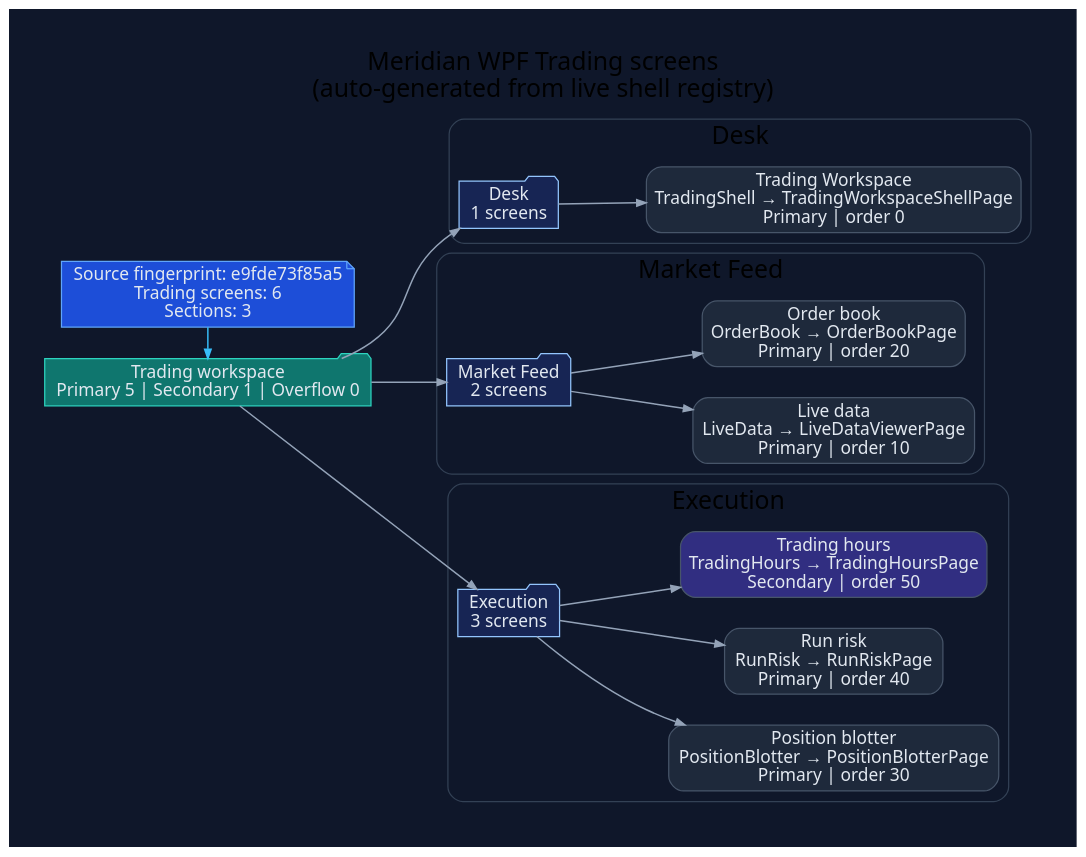
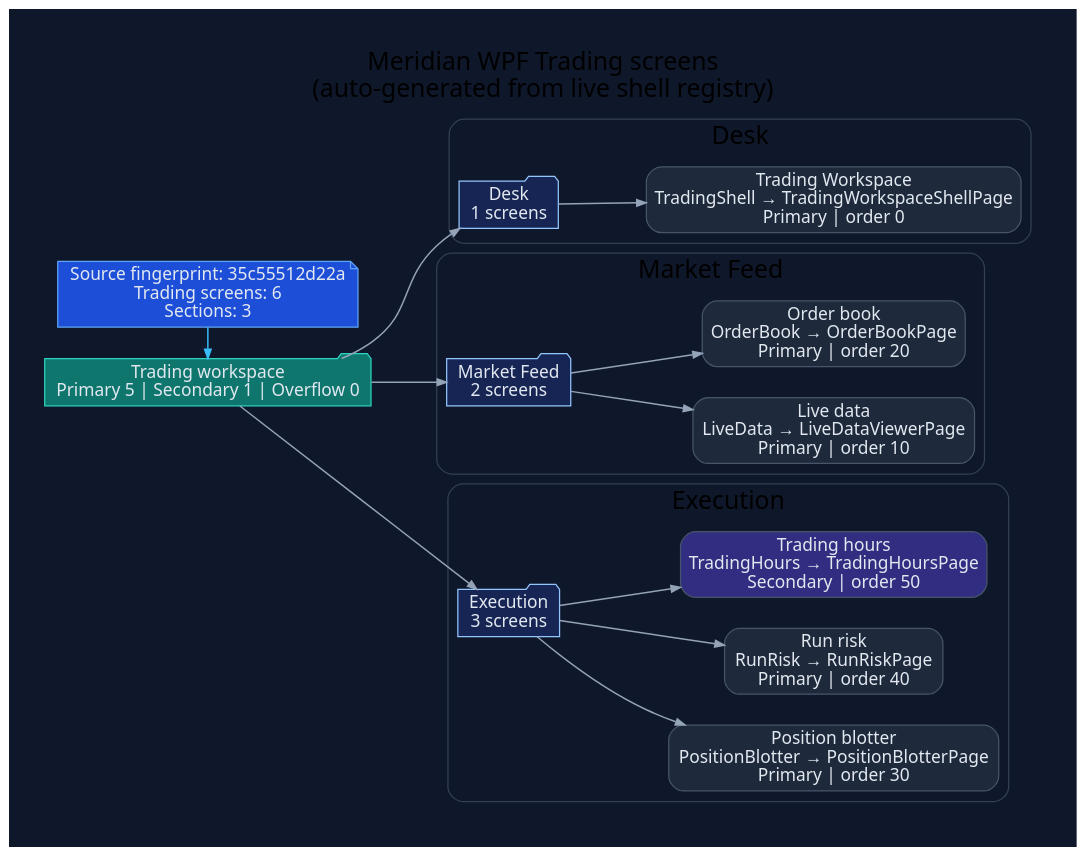
The diagram in docs/diagrams/ui/ui-wpf-screens-trading.dot (rodoHasArrived/Meridian-main), drawn with Graphviz before and after one commit. The commit also changed 78 other files, not shown here.

```diff
--- a/docs/diagrams/ui/ui-wpf-screens-trading.dot
+++ b/docs/diagrams/ui/ui-wpf-screens-trading.dot
@@ -1,62 +1,62 @@
 // -----------------------------------------------------------------------------
 // <auto-generated>
 // Generated by scripts/generate-diagrams.mjs.
 // Do not edit this file directly; update the WPF source files instead.
 // -----------------------------------------------------------------------------
 digraph WpfTradingScreens {
   graph [
     rankdir=LR,
     labelloc=t,
     label="Meridian WPF Trading screens\n(auto-generated from live shell registry)",
     fontname="Segoe UI",
     fontsize=20,
     pad=0.4,
     nodesep=0.35,
     ranksep=0.85,
     bgcolor="#0f172a"
   ];
   node [fontname="Segoe UI", shape=box, style="rounded,filled", color="#475569", fontcolor="#e2e8f0", fillcolor="#1e293b"];
   edge [fontname="Segoe UI", color="#94a3b8", penwidth=1.2, arrowsize=0.75];
 
-  generated [shape=note, fillcolor="#1d4ed8", color="#60a5fa", label="Source fingerprint: e9fde73f85a5\nTrading screens: 6\nSections: 3"];
+  generated [shape=note, fillcolor="#1d4ed8", color="#60a5fa", label="Source fingerprint: 35c55512d22a\nTrading screens: 6\nSections: 3"];
   workspace [shape=folder, fillcolor="#0f766e", color="#2dd4bf", label="Trading workspace\nPrimary 5 | Secondary 1 | Overflow 0"];
   generated -> workspace [color="#38bdf8"];
 
   subgraph cluster_section_1 {
     label="Desk";
     color="#334155";
     style="rounded";
     section_1 [shape=folder, fillcolor="#172554", color="#93c5fd", label="Desk\n1 screens"];
     workspace -> section_1;
     screen_TradingShell [fillcolor="#1e293b", label="Trading Workspace\nTradingShell → TradingWorkspaceShellPage\nPrimary | order 0"];
     section_1 -> screen_TradingShell;
   }
 
   subgraph cluster_section_2 {
     label="Market Feed";
     color="#334155";
     style="rounded";
     section_2 [shape=folder, fillcolor="#172554", color="#93c5fd", label="Market Feed\n2 screens"];
     workspace -> section_2;
     screen_LiveData [fillcolor="#1e293b", label="Live data\nLiveData → LiveDataViewerPage\nPrimary | order 10"];
     section_2 -> screen_LiveData;
     screen_OrderBook [fillcolor="#1e293b", label="Order book\nOrderBook → OrderBookPage\nPrimary | order 20"];
     section_2 -> screen_OrderBook;
   }
 
   subgraph cluster_section_3 {
     label="Execution";
     color="#334155";
     style="rounded";
     section_3 [shape=folder, fillcolor="#172554", color="#93c5fd", label="Execution\n3 screens"];
     workspace -> section_3;
     screen_PositionBlotter [fillcolor="#1e293b", label="Position blotter\nPositionBlotter → PositionBlotterPage\nPrimary | order 30"];
     section_3 -> screen_PositionBlotter;
     screen_RunRisk [fillcolor="#1e293b", label="Run risk\nRunRisk → RunRiskPage\nPrimary | order 40"];
     section_3 -> screen_RunRisk;
     screen_TradingHours [fillcolor="#312e81", label="Trading hours\nTradingHours → TradingHoursPage\nSecondary | order 50"];
     section_3 -> screen_TradingHours;
   }
 
   { rank=min; generated; workspace; }
 }
```
